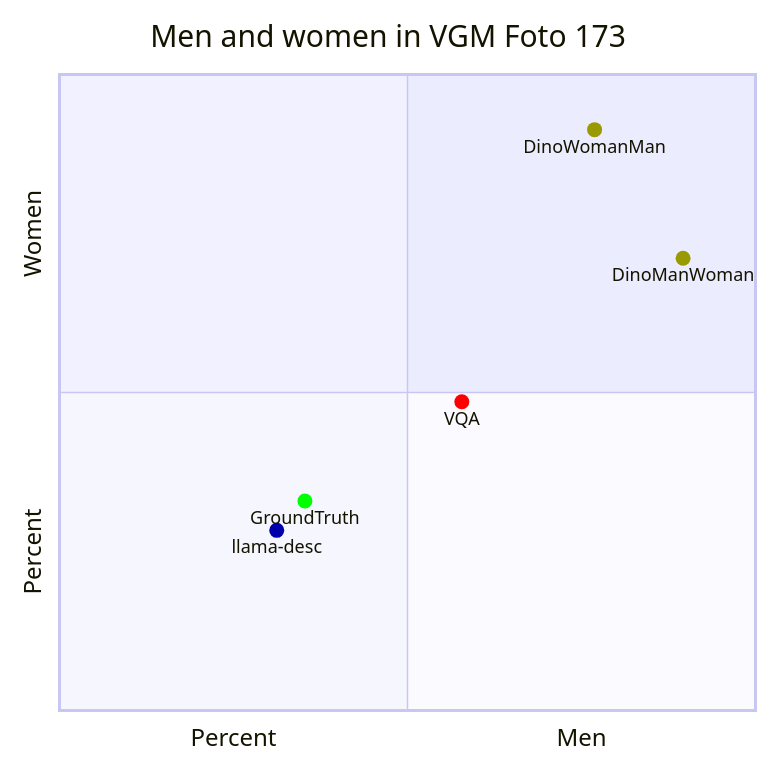
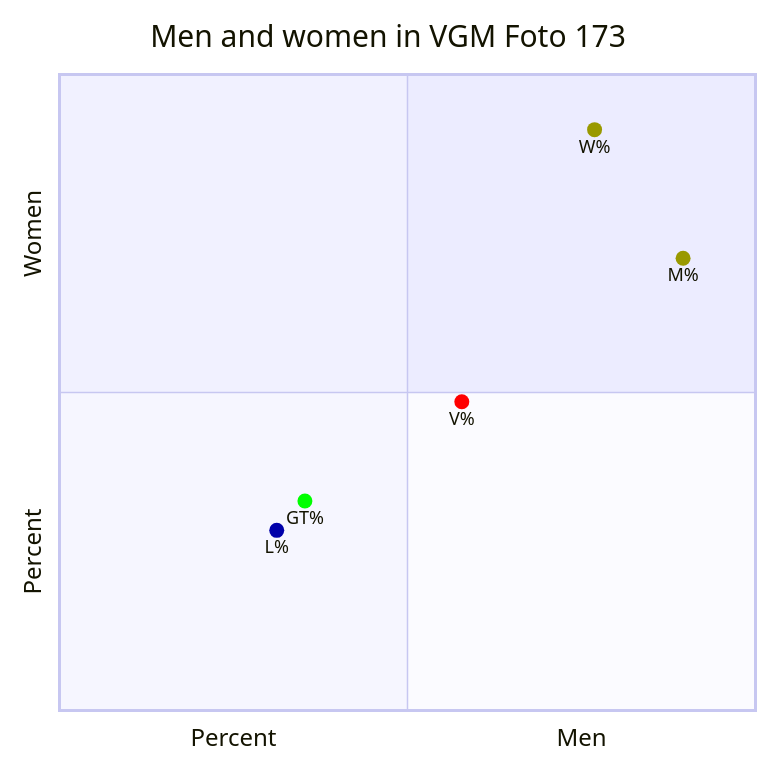
One commit to Modern36/tropes_1500 changed the fifth of 11 diagrams in browser/scatter.md. Above: the diagram before and after it, drawn with Mermaid. The commit also changed other lines of this file and 1 other file, not shown here.

````diff
--- a/browser/scatter.md
+++ b/browser/scatter.md
@@ -79,12 +76,12 @@
 ```mermaid
 quadrantChart
     title Men and women in VGM Foto 173
     x-axis Percent --> Men
     y-axis Percent --> Women
-    DinoManWoman: [0.8959537572254336, 0.7109826589595376] color: #999900
-    DinoWomanMan: [0.7687861271676301, 0.9132947976878613] color: #999900
-    GroundTruth: [0.35260115606936415, 0.32947976878612717] color: #00FF00
-    VQA: [0.5780346820809249, 0.48554913294797686] color: #FF0000
-    llama-desc: [0.31213872832369943, 0.2832369942196532] color: #0000AA
+    M%: [0.8959537572254336, 0.7109826589595376] color: #999900
+    W%: [0.7687861271676301, 0.9132947976878613] color: #999900
+    GT%: [0.35260115606936415, 0.32947976878612717] color: #00FF00
+    V%: [0.5780346820809249, 0.48554913294797686] color: #FF0000
+    L%: [0.31213872832369943, 0.2832369942196532] color: #0000AA
 
 ```
````
